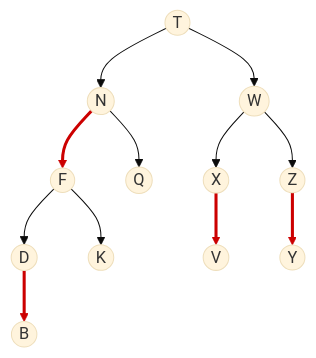
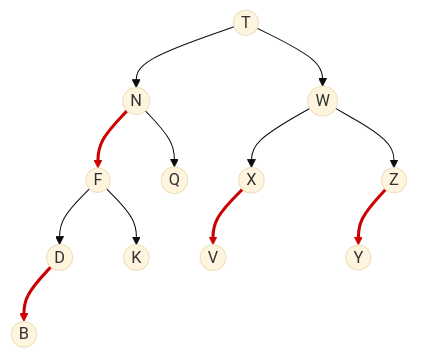
One commit to tmtxt/tmtxt.github.com changed diagram 13 of 17 in _drafts/2018-09-25-red-black-bst.md. Above: the diagram before and after it, drawn with Mermaid (base theme). The commit also changed other lines of this file, not shown here.

```diff
--- a/_drafts/2018-09-25-red-black-bst.md
+++ b/_drafts/2018-09-25-red-black-bst.md
@@ -268,20 +274,26 @@
 <div class="mermaid">
 graph TD
   T((T)) --> N((N))
   T --> W((W))
   N --> F((F))
   N --> Q((Q))
   F --> D((D))
   F --> K((K))
   D --> B((B))
+  D ~~~ Dpad(( ))
   W --> X((X))
   X --> V((V))
+  X ~~~ Xpad(( ))
   W --> Z((Z))
   Z --> Y((Y))
+  Z ~~~ Zpad(( ))
 
 linkStyle 2 stroke:#c00,stroke-width:3px
 linkStyle 6 stroke:#c00,stroke-width:3px
-linkStyle 8 stroke:#c00,stroke-width:3px
-linkStyle 10 stroke:#c00,stroke-width:3px
+linkStyle 9 stroke:#c00,stroke-width:3px
+linkStyle 12 stroke:#c00,stroke-width:3px
+style Dpad fill:transparent,stroke:transparent
+style Xpad fill:transparent,stroke:transparent
+style Zpad fill:transparent,stroke:transparent
 
 </div>
```
